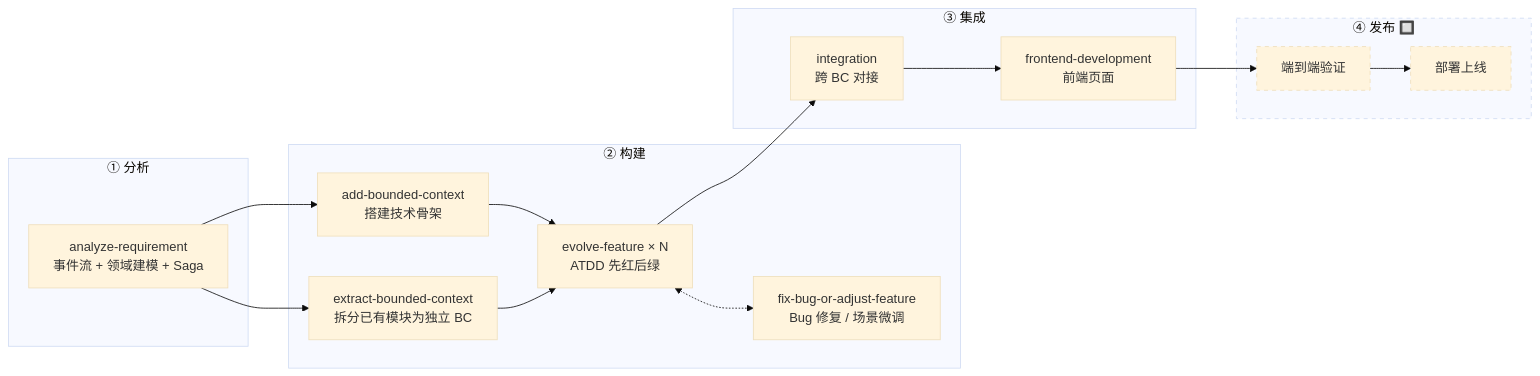
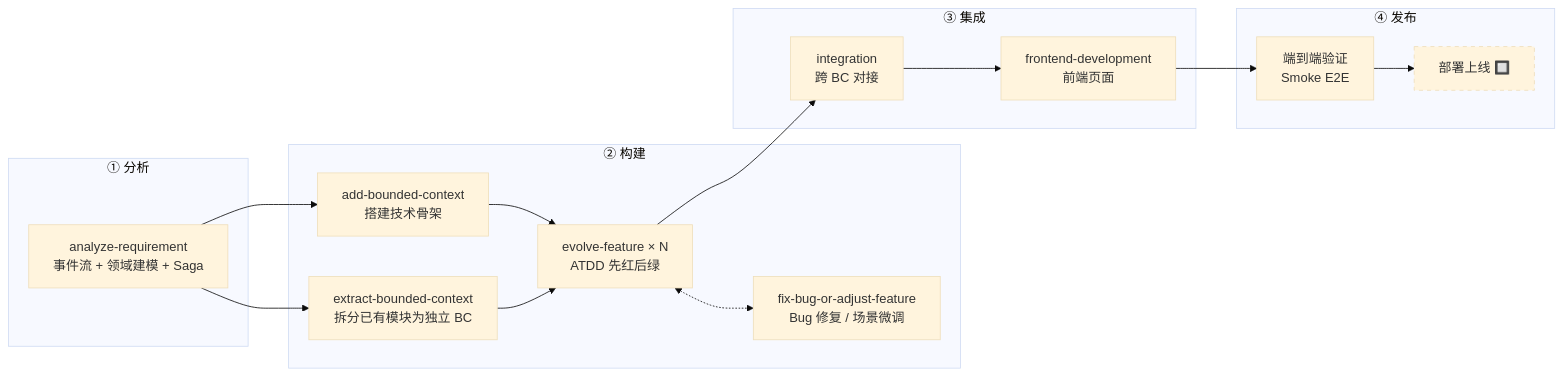
The second of 2 diagrams in .cursor/skills/README.md (mianhe/HMall), drawn with Mermaid (base theme) before and after one commit. The commit also changed other lines of this file and 175 other files, not shown here.

First line of the commit message:
feat: deliver virtual-product end-to-end flow across services, web, MCP, and docs

````diff
--- a/.cursor/skills/README.md
+++ b/.cursor/skills/README.md
@@ -79,37 +77,35 @@
 ```mermaid
 flowchart LR
     subgraph 分析["① 分析"]
         AR[analyze-requirement<br/>事件流 + 领域建模 + Saga]
     end
 
     subgraph 构建["② 构建"]
         ABC[add-bounded-context<br/>搭建技术骨架]
         XBC[extract-bounded-context<br/>拆分已有模块为独立 BC]
         EF[evolve-feature × N<br/>ATDD 先红后绿]
         FIX[fix-bug-or-adjust-feature<br/>Bug 修复 / 场景微调]
         ABC --> EF
         XBC --> EF
         EF <-.-> FIX
     end
 
     subgraph 集成["③ 集成"]
         INT[integration<br/>跨 BC 对接]
         FE[frontend-development<br/>前端页面]
         INT --> FE
     end
 
-    subgraph 发布["④ 发布 🔲"]
-        E2E[端到端验证]
-        DEPLOY[部署上线]
+    subgraph 发布["④ 发布"]
+        E2E[端到端验证<br/>Smoke E2E]
+        DEPLOY[部署上线 🔲]
         E2E --> DEPLOY
     end
 
     AR --> ABC
     AR --> XBC
     EF --> INT
     FE --> E2E
 
-    style 发布 stroke-dasharray: 5 5
-    style E2E stroke-dasharray: 5 5
     style DEPLOY stroke-dasharray: 5 5
 ```
````
